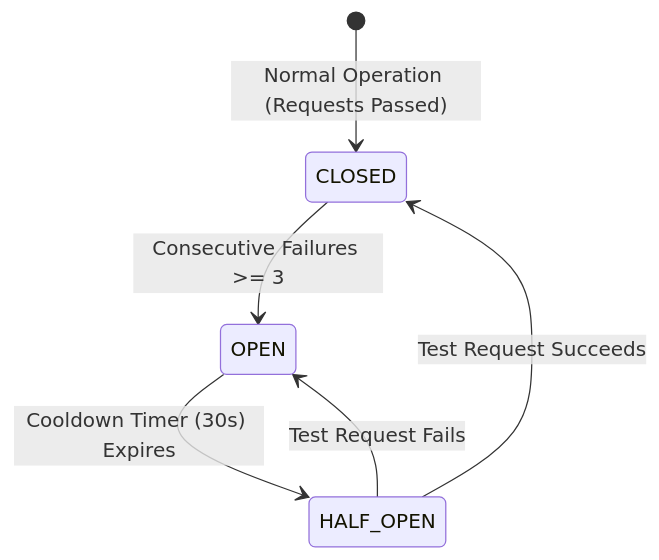
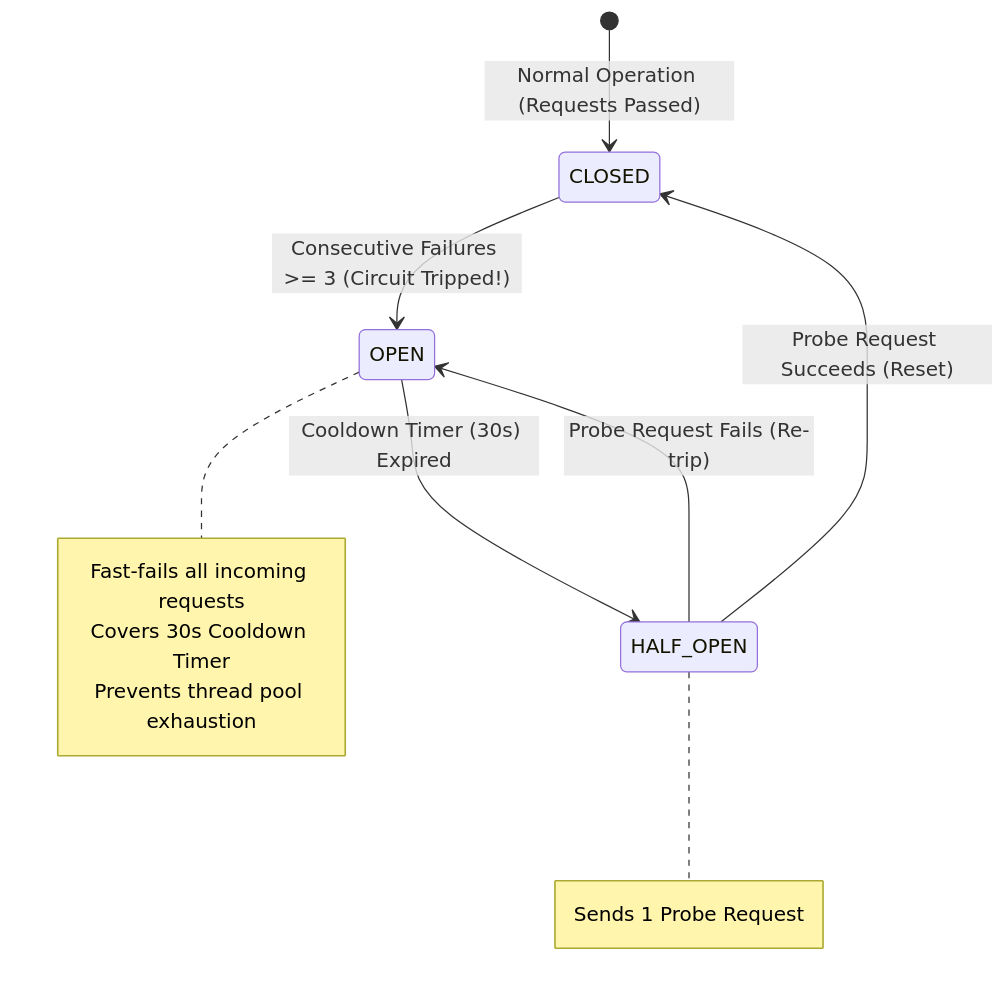
One commit to Amie-dev/engineering-playbook changed the first of 3 diagrams in agentic-ai-notes/09-production-patterns/03-circuit-breaker.md. Above: the diagram before and after it, drawn with Mermaid. The commit also changed other lines of this file and 12 other files, not shown here.

````diff
--- a/agentic-ai-notes/09-production-patterns/03-circuit-breaker.md
+++ b/agentic-ai-notes/09-production-patterns/03-circuit-breaker.md
@@ -10,8 +13,19 @@
 ```mermaid
 stateDiagram-v2
     [*] --> CLOSED: Normal Operation (Requests Passed)
-    CLOSED --> OPEN: Consecutive Failures >= 3
-    OPEN --> HALF_OPEN: Cooldown Timer (30s) Expires
-    HALF_OPEN --> CLOSED: Test Request Succeeds
-    HALF_OPEN --> OPEN: Test Request Fails
+    
+    CLOSED --> OPEN: Consecutive Failures >= 3 (Circuit Tripped!)
+    note right of OPEN
+        Fast-fails all incoming requests
+        Covers 30s Cooldown Timer
+        Prevents thread pool exhaustion
+    end note
+
+    OPEN --> HALF_OPEN: Cooldown Timer (30s) Expired
+    note right of HALF_OPEN
+        Sends 1 Probe Request
+    end note
+
+    HALF_OPEN --> CLOSED: Probe Request Succeeds (Reset)
+    HALF_OPEN --> OPEN: Probe Request Fails (Re-trip)
 ```
````
